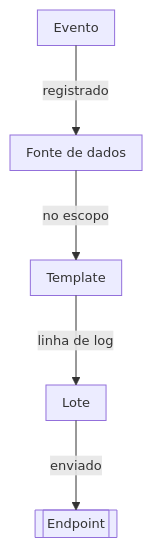
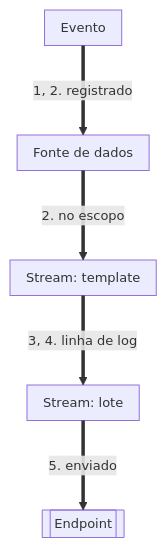
One commit to aziontech/docs changed the first of 3 diagrams in apps/docs/src/content/docs/pt-br/pages/observe/data-stream/how-it-works.mdx. Above: the diagram before and after it, drawn with Mermaid. The commit also changed other lines of this file and 92 other files, not shown here.

````diff
--- a/apps/docs/src/content/docs/pt-br/pages/observe/data-stream/how-it-works.mdx
+++ b/apps/docs/src/content/docs/pt-br/pages/observe/data-stream/how-it-works.mdx
@@ -26,8 +28,13 @@
 ```mermaid
 %%{init: {"layout": "elk", "themeVariables": {"fontSize": "13px"}, "flowchart": {"nodeSpacing": 24, "rankSpacing": 36, "padding": 8, "wrappingWidth": 150, "useMaxWidth": true}, "sequence": {"width": 120, "actorMargin": 30, "useMaxWidth": true}}}%%
 flowchart TD
-  Ev["Evento"] -->|"registrado"| Src["Fonte de dados"]
-  Src -->|"no escopo"| Tpl["Template"]
-  Tpl -->|"linha de log"| Bat["Lote"]
-  Bat -->|"enviado"| End[["Endpoint"]]
+  Ev["Evento"]
+  Src["Fonte de dados"]
+  Tpl["Stream: template"]
+  Bat["Stream: lote"]
+  End[["Endpoint"]]
+  Ev ==>|"1, 2. registrado"| Src
+  Src ==>|"2. no escopo"| Tpl
+  Tpl ==>|"3, 4. linha de log"| Bat
+  Bat ==>|"5. enviado"| End
 ```
````
